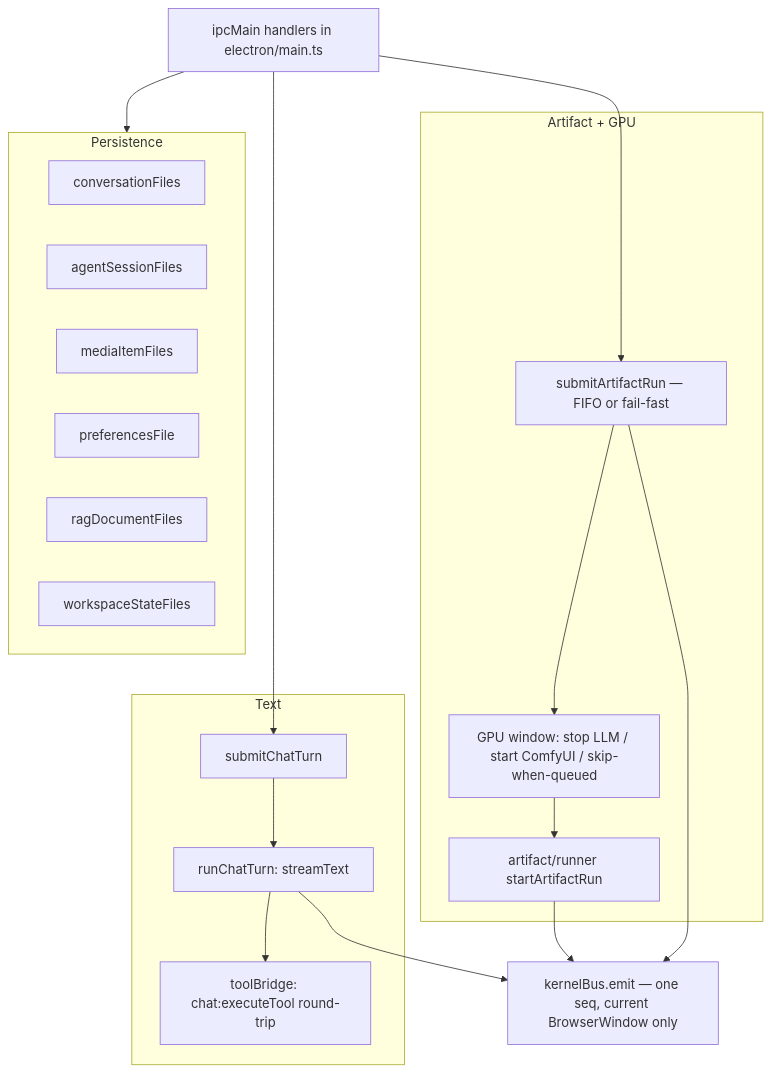
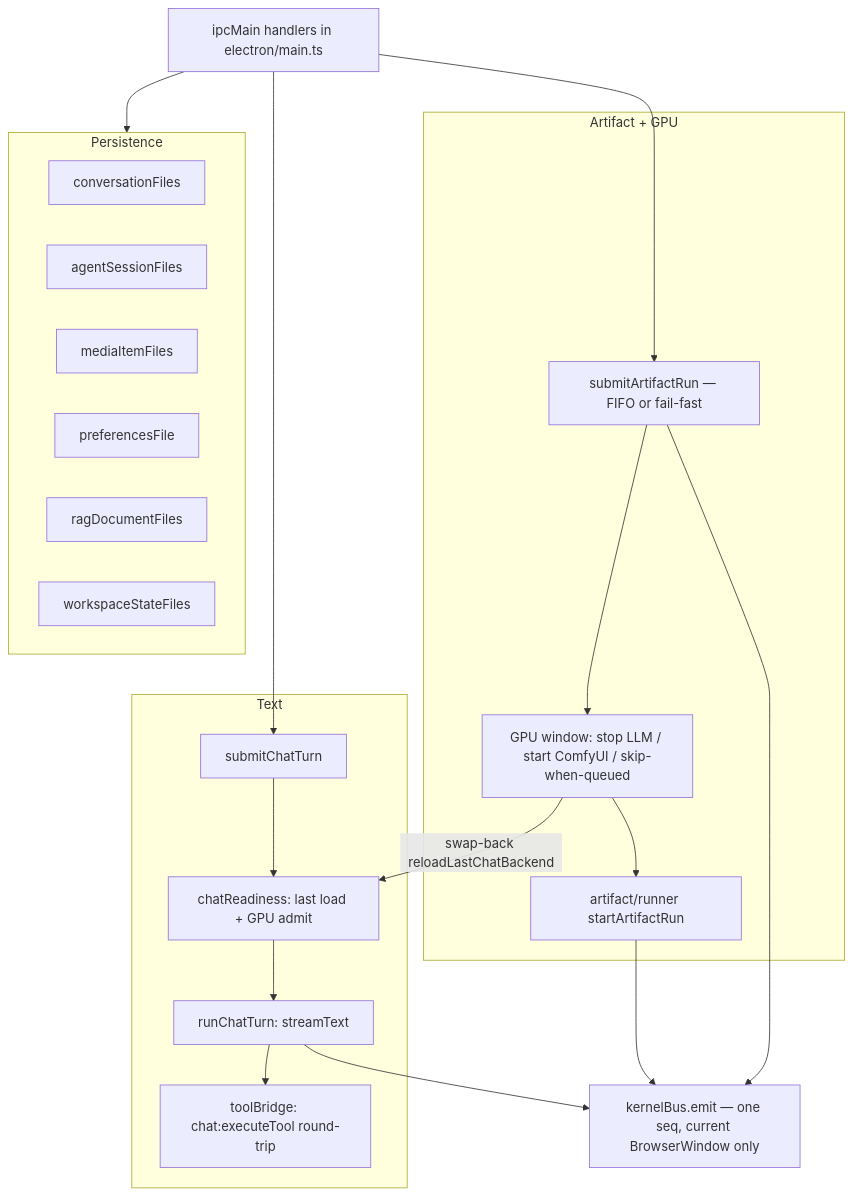
The third of 7 diagrams in docs/architecture-as-landed.md (TNG/AI-Playground), drawn with Mermaid before and after one commit. The commit also changed other lines of this file and 14 other files, not shown here.

First line of the commit message:
feat: kernel owns last chat load and in-process GPU swap-back reload

````diff
--- a/docs/architecture-as-landed.md
+++ b/docs/architecture-as-landed.md
@@ -143,37 +145,39 @@
 ```mermaid
 flowchart TB
   ipc["ipcMain handlers in electron/main.ts"]
 
   subgraph textPath["Text"]
     submit["submitChatTurn"]
+    ready["chatReadiness: last load + GPU admit"]
     engine["runChatTurn: streamText"]
     tools["toolBridge: chat:executeTool round-trip"]
-    submit --> engine
+    submit --> ready --> engine
     engine --> tools
   end
 
   subgraph mediaPath["Artifact + GPU"]
     oq["submitArtifactRun — FIFO or fail-fast"]
     gpu["GPU window: stop LLM / start ComfyUI / skip-when-queued"]
     runner["artifact/runner startArtifactRun"]
     oq --> gpu --> runner
+    gpu -->|"swap-back reloadLastChatBackend"| ready
   end
 
   subgraph persistPath["Persistence"]
     conv["conversationFiles"]
     sess["agentSessionFiles"]
     mediaF["mediaItemFiles"]
     prefs["preferencesFile"]
     rag["ragDocumentFiles"]
     ws["workspaceStateFiles"]
   end
 
   bus["kernelBus.emit — one seq, current BrowserWindow only"]
 
   ipc --> submit
   ipc --> oq
   ipc --> persistPath
   engine --> bus
   runner --> bus
   oq --> bus
 ```
````
